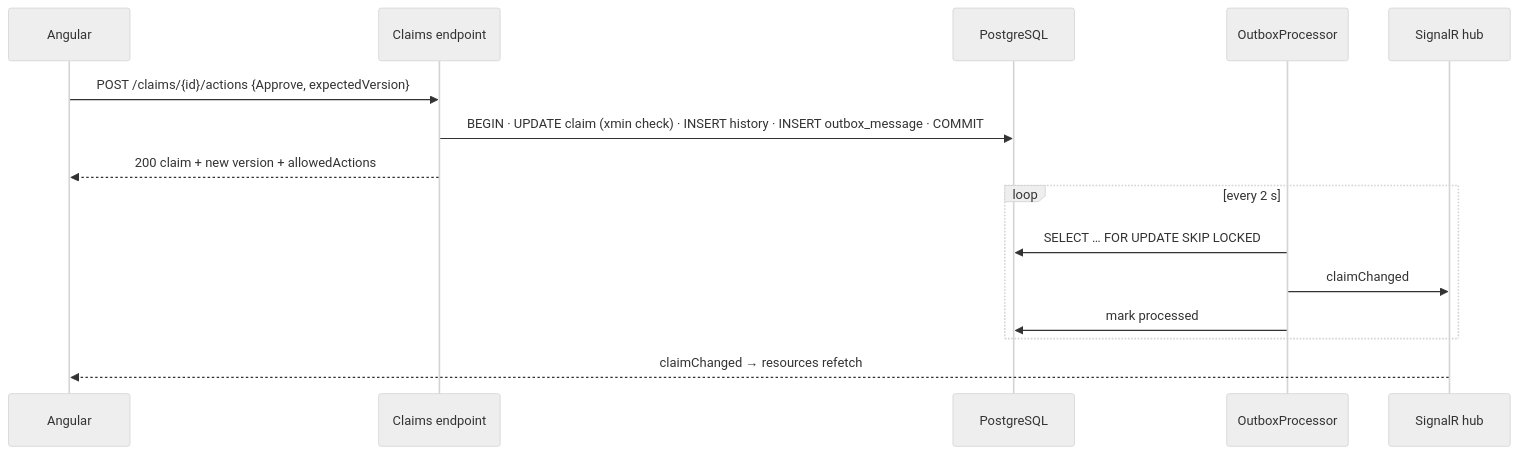
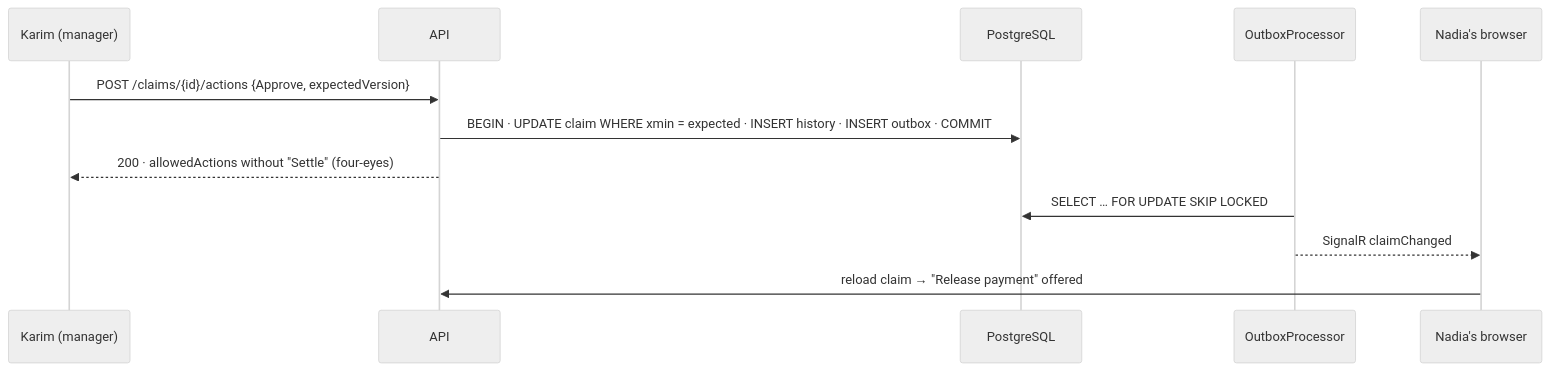
Before and after one commit to JASSBR/claimflow: the second of 2 diagrams in README.md, drawn with Mermaid (neutral theme). The commit also changed other lines of this file and 9 other files, not shown here.

````diff
--- a/README.md
+++ b/README.md
@@ -43,17 +71,14 @@
 ```mermaid
 sequenceDiagram
-    participant UI as Angular
-    participant API as Claims endpoint
+    participant Karim as Karim (manager)
+    participant API
     participant DB as PostgreSQL
     participant OP as OutboxProcessor
-    participant Hub as SignalR hub
-    UI->>API: POST /claims/{id}/actions {Approve, expectedVersion}
-    API->>DB: BEGIN · UPDATE claim (xmin check) · INSERT history · INSERT outbox_message · COMMIT
-    API-->>UI: 200 claim + new version + allowedActions
-    loop every 2 s
-        OP->>DB: SELECT … FOR UPDATE SKIP LOCKED
-        OP->>Hub: claimChanged
-        OP->>DB: mark processed
-    end
-    Hub-->>UI: claimChanged → resources refetch
+    participant Nadia as Nadia's browser
+    Karim->>API: POST /claims/{id}/actions {Approve, expectedVersion}
+    API->>DB: BEGIN · UPDATE claim WHERE xmin = expected · INSERT history · INSERT outbox · COMMIT
+    API-->>Karim: 200 · allowedActions without "Settle" (four-eyes)
+    OP->>DB: SELECT … FOR UPDATE SKIP LOCKED
+    OP-->>Nadia: SignalR claimChanged
+    Nadia->>API: reload claim → "Release payment" offered
 ```
````
